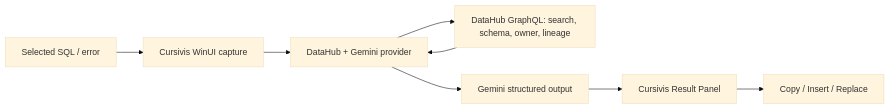
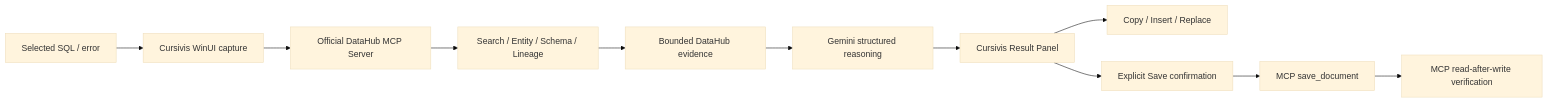
Before and after one commit to UnknownGod2011/cursivis-dataops: the diagram in README.md, drawn with Mermaid (base theme). The commit also changed other lines of this file, not shown here.

Commit message:
Document real DataHub MCP read-write golden flow

````diff
--- a/README.md
+++ b/README.md
@@ -28,10 +49,13 @@
 ```mermaid
 flowchart LR
   A["Selected SQL / error"] --> B["Cursivis WinUI capture"]
-  B --> C["DataHub + Gemini provider"]
-  C --> D["DataHub GraphQL: search, schema, owner, lineage"]
-  D --> C
-  C --> E["Gemini structured output"]
-  E --> F["Cursivis Result Panel"]
-  F --> G["Copy / Insert / Replace"]
+  B --> C["Official DataHub MCP Server"]
+  C --> D["Search / Entity / Schema / Lineage"]
+  D --> E["Bounded DataHub evidence"]
+  E --> F["Gemini structured reasoning"]
+  F --> G["Cursivis Result Panel"]
+  G --> H["Copy / Insert / Replace"]
+  G --> I["Explicit Save confirmation"]
+  I --> J["MCP save_document"]
+  J --> K["MCP read-after-write verification"]
 ```
````
